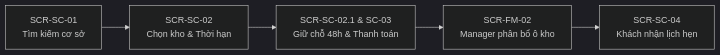
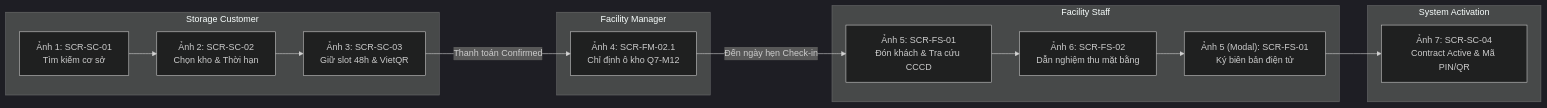
Before and after one commit to Nguyen-Van-Gia-Binh/Self-Storage-Facility-Rental-and-Management-System: the first of 3 diagrams in docs/UI-FLOW-MAPPING.md, drawn with Mermaid (dark theme). The commit also changed other lines of this file, not shown here.

Commit message:
docs: add complete main flow demo script and presentation speech

````diff
--- a/docs/UI-FLOW-MAPPING.md
+++ b/docs/UI-FLOW-MAPPING.md
@@ -22,7 +26,18 @@
 ```mermaid
 graph LR
-    A[SCR-SC-01<br>Tìm kiếm cơ sở] --> B[SCR-SC-02<br>Chọn kho & Thời hạn]
-    B --> C[SCR-SC-02.1 & SC-03<br>Giữ chỗ 48h & Thanh toán]
-    C --> D[SCR-FM-02<br>Manager phân bổ ô kho]
-    D --> E[SCR-SC-04<br>Khách nhận lịch hẹn]
+    subgraph Storage Customer
+        S1["Ảnh 1: SCR-SC-01<br>Tìm kiếm cơ sở"] --> S2["Ảnh 2: SCR-SC-02<br>Chọn kho & Thời hạn"]
+        S2 --> S3["Ảnh 3: SCR-SC-03<br>Giữ slot 48h & VietQR"]
+    end
+    subgraph Facility Manager
+        S3 -->|"Thanh toán Confirmed"| S4["Ảnh 4: SCR-FM-02.1<br>Chỉ định ô kho Q7-M12"]
+    end
+    subgraph Facility Staff
+        S4 -->|"Đến ngày hẹn Check-in"| S5["Ảnh 5: SCR-FS-01<br>Đón khách & Tra cứu CCCD"]
+        S5 --> S6["Ảnh 6: SCR-FS-02<br>Dẫn nghiệm thu mặt bằng"]
+        S6 --> S5_sign["Ảnh 5 (Modal): SCR-FS-01<br>Ký biên bản điện tử"]
+    end
+    subgraph System Activation
+        S5_sign --> S7["Ảnh 7: SCR-SC-04<br>Contract Active & Mã PIN/QR"]
+    end
 ```
````
